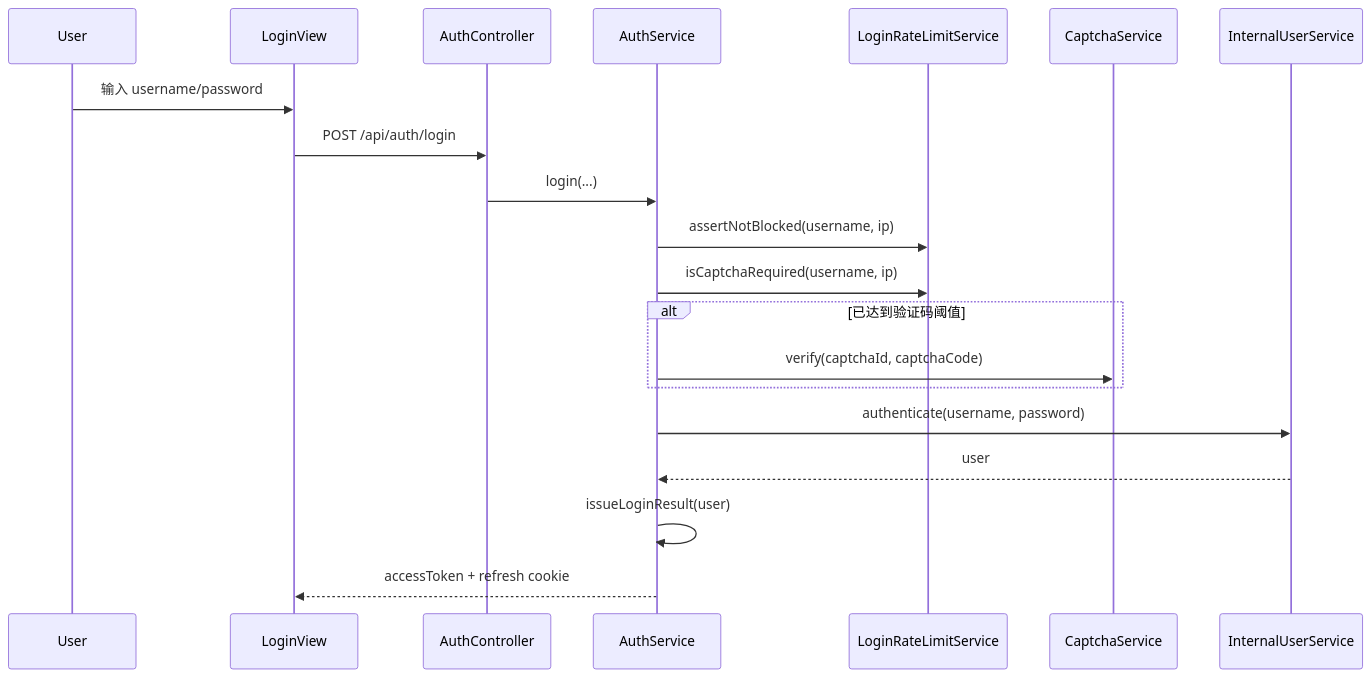
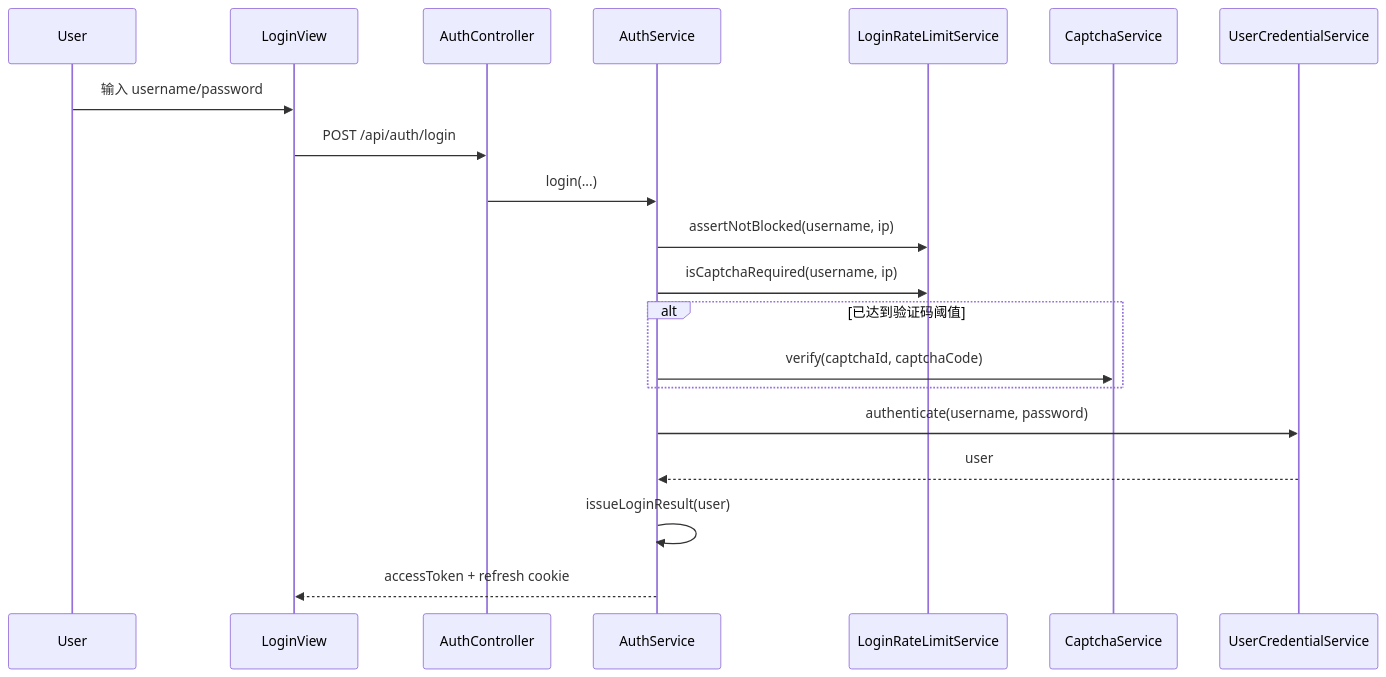
The second of 2 diagrams in docs/business-logic/auth-registration-login-flow.md (skt-shinyruo/community), drawn with Mermaid before and after one commit. The commit also changed other lines of this file and 53 other files, not shown here.

````diff
--- a/docs/business-logic/auth-registration-login-flow.md
+++ b/docs/business-logic/auth-registration-login-flow.md
@@ -214,23 +216,23 @@
 ```mermaid
 sequenceDiagram
     participant U as User
     participant FE as LoginView
     participant API as AuthController
     participant AUTH as AuthService
     participant LIMIT as LoginRateLimitService
     participant CAP as CaptchaService
-    participant USER as InternalUserService
+    participant USER as UserCredentialService
 
     U->>FE: 输入 username/password
     FE->>API: POST /api/auth/login
     API->>AUTH: login(...)
     AUTH->>LIMIT: assertNotBlocked(username, ip)
     AUTH->>LIMIT: isCaptchaRequired(username, ip)
     alt 已达到验证码阈值
         AUTH->>CAP: verify(captchaId, captchaCode)
     end
     AUTH->>USER: authenticate(username, password)
     USER-->>AUTH: user
     AUTH->>AUTH: issueLoginResult(user)
     AUTH-->>FE: accessToken + refresh cookie
 ```
````
